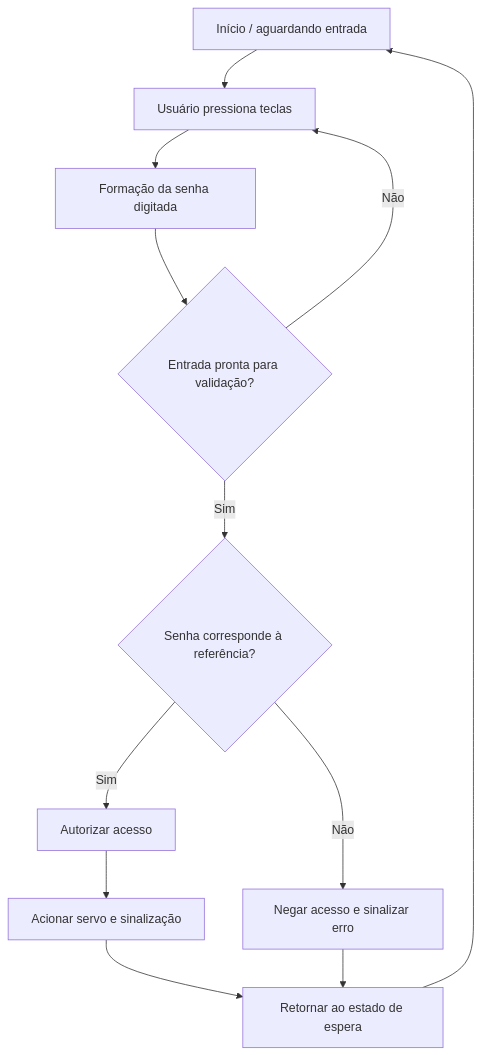
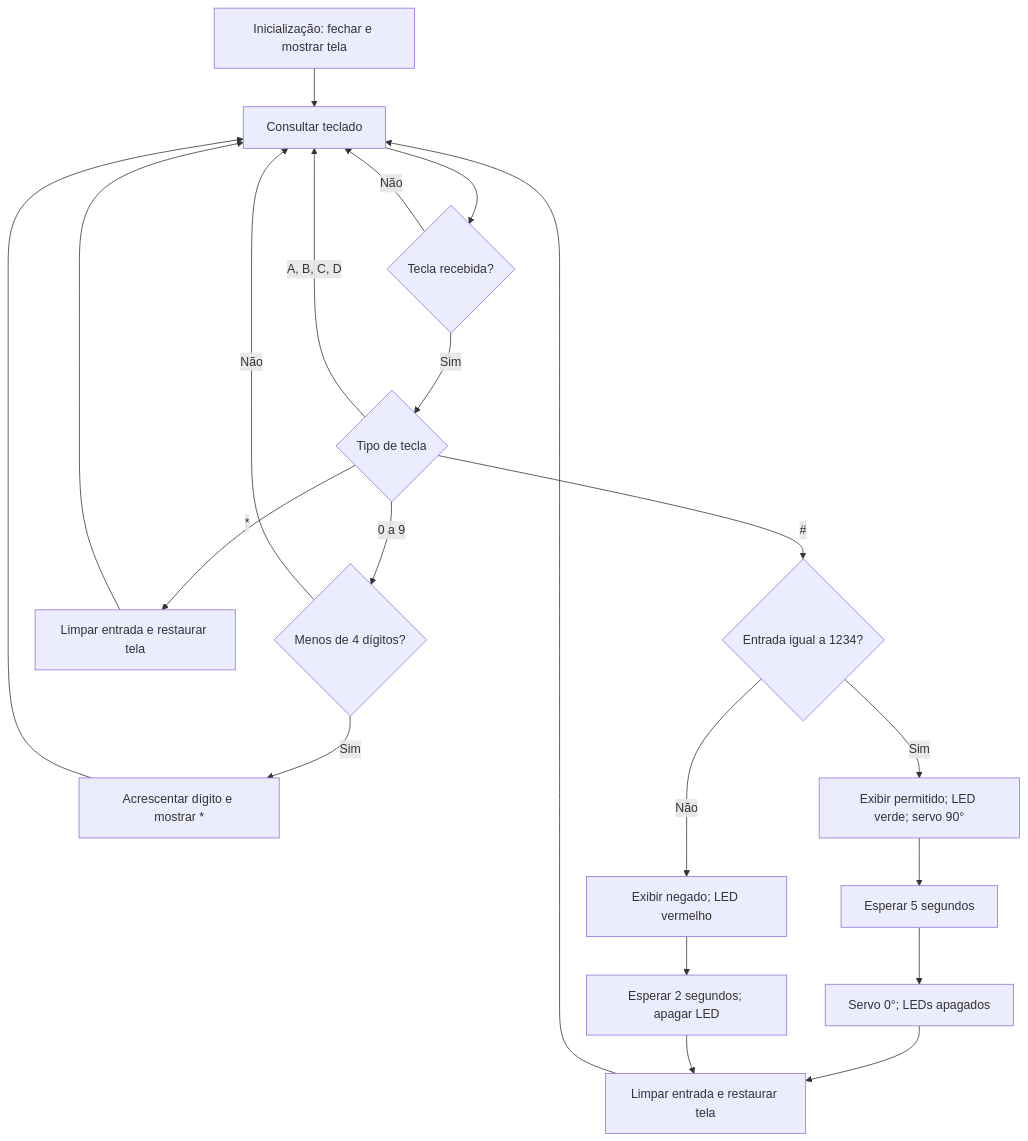
One commit to leticiarq/cybervault-embedded-security-lab changed the diagram in firmware/authentication-flow.md. Above: the diagram before and after it, drawn with Mermaid. The commit also changed other lines of this file and 3 other files, not shown here.

Commit message:
docs: document firmware architecture and security limitations

````diff
--- a/firmware/authentication-flow.md
+++ b/firmware/authentication-flow.md
@@ -9,14 +5,23 @@
 ```mermaid
 flowchart TD
-    A[Início / aguardando entrada] --> B[Usuário pressiona teclas]
-    B --> C[Formação da senha digitada]
-    C --> D{Entrada pronta para validação?}
-    D -->|Não| B
-    D -->|Sim| E{Senha corresponde à referência?}
-    E -->|Sim| F[Autorizar acesso]
-    F --> G[Acionar servo e sinalização]
-    G --> H[Retornar ao estado de espera]
-    E -->|Não| I[Negar acesso e sinalizar erro]
-    I --> H
-    H --> A
+    S[Inicialização: fechar e mostrar tela] --> K[Consultar teclado]
+    K --> Q{Tecla recebida?}
+    Q -->|Não| K
+    Q -->|Sim| T{Tipo de tecla}
+    T -->|0 a 9| L{Menos de 4 dígitos?}
+    L -->|Sim| D[Acrescentar dígito e mostrar *]
+    L -->|Não| K
+    D --> K
+    T -->|*| X[Limpar entrada e restaurar tela]
+    X --> K
+    T -->|#| C{Entrada igual a 1234?}
+    C -->|Sim| A[Exibir permitido; LED verde; servo 90°]
+    A --> W[Esperar 5 segundos]
+    W --> F[Servo 0°; LEDs apagados]
+    C -->|Não| N[Exibir negado; LED vermelho]
+    N --> E[Esperar 2 segundos; apagar LED]
+    F --> R[Limpar entrada e restaurar tela]
+    E --> R
+    R --> K
+    T -->|A, B, C, D| K
 ```
````
